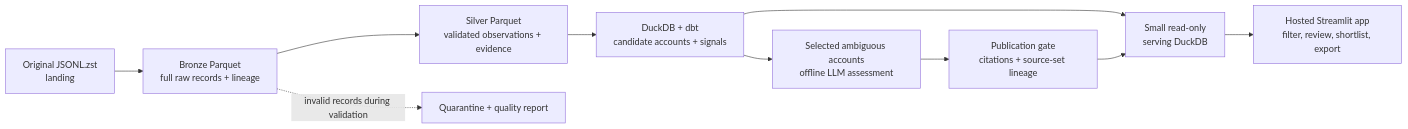
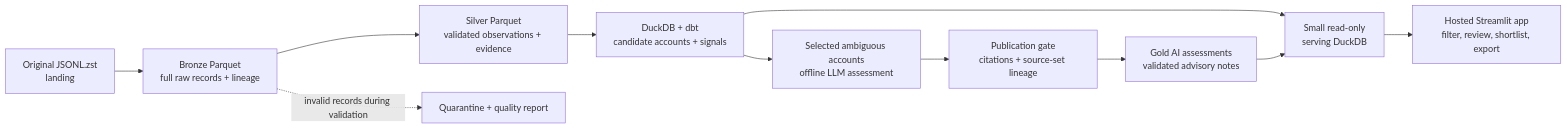
Before and after one commit to ronyabrah18/welook: the diagram in docs/architecture.md, drawn with Mermaid. The commit also changed other lines of this file and 10 other files, not shown here.

Commit message:
Publish validated AI assessments in gold before serving

````diff
--- a/docs/architecture.md
+++ b/docs/architecture.md
@@ -15,12 +15,13 @@
 ```mermaid
 flowchart LR
   L[Original JSONL.zst<br/>landing] --> B[Bronze Parquet<br/>full raw records + lineage]
   B --> S[Silver Parquet<br/>validated observations + evidence]
   S --> G[DuckDB + dbt<br/>candidate accounts + signals]
   G --> A[Selected ambiguous accounts<br/>offline LLM assessment]
   A --> P[Publication gate<br/>citations + source-set lineage]
+  P --> AG[Gold AI assessments<br/>validated advisory notes]
   G --> D[Small read-only<br/>serving DuckDB]
-  P --> D
+  AG --> D
   D --> U[Hosted Streamlit app<br/>filter, review, shortlist, export]
   B -. invalid records during validation .-> Q[Quarantine + quality report]
 ```
````
